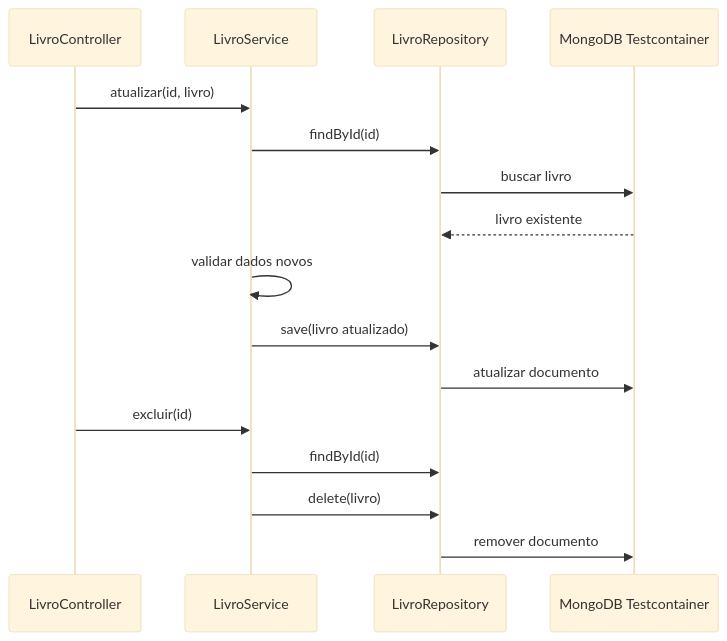
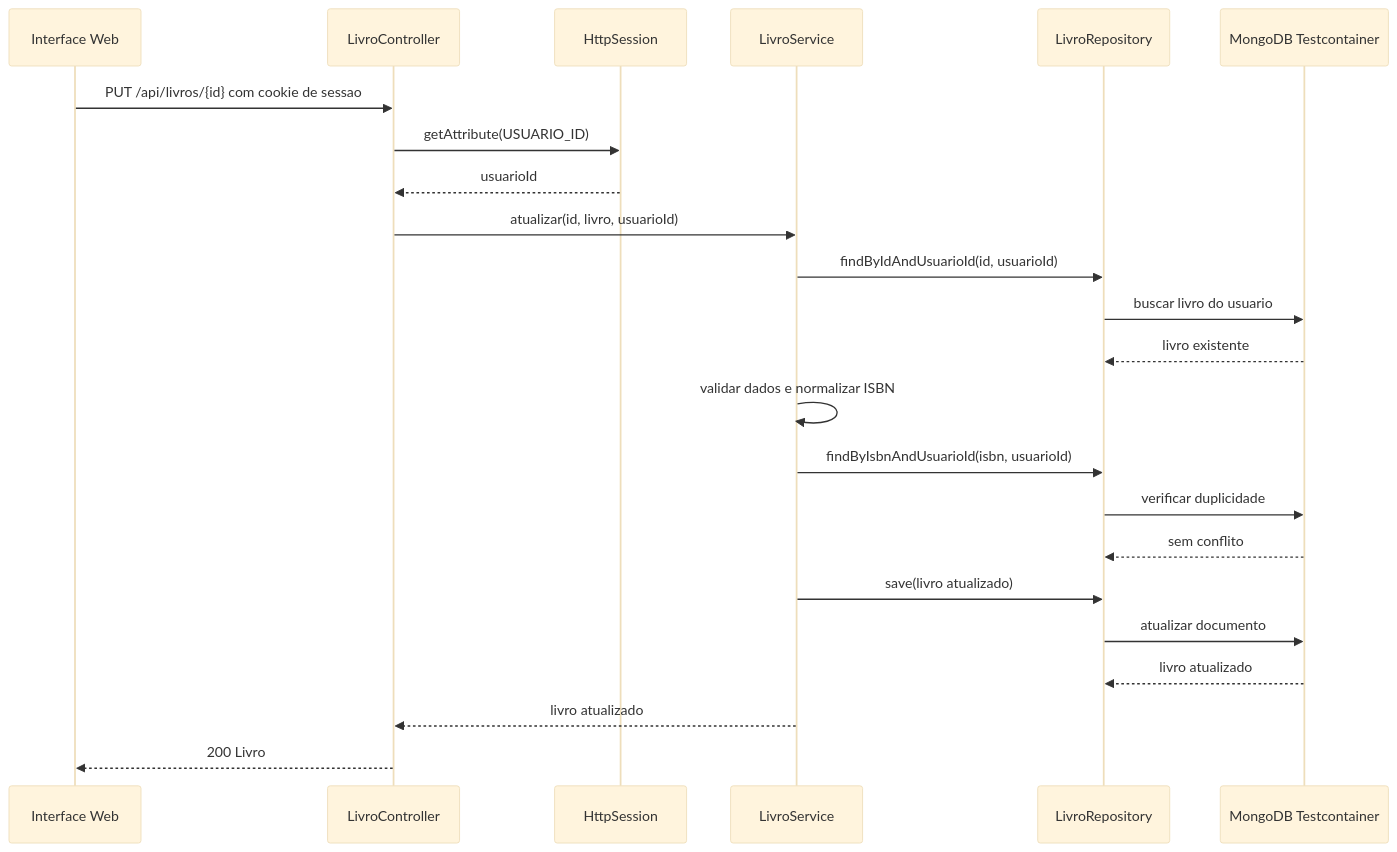
The seventh of 12 diagrams in RTM.md (rafalima1907/gerenciador_bibliotecas), drawn with Mermaid (base theme) before and after one commit. The commit also changed other lines of this file and 3 other files, not shown here.

````diff
--- a/RTM.md
+++ b/RTM.md
@@ -101,19 +202,26 @@
 ```mermaid
 sequenceDiagram
+    participant UI as Interface Web
     participant C as LivroController
+    participant H as HttpSession
     participant S as LivroService
     participant R as LivroRepository
     participant DB as MongoDB Testcontainer
 
-    C->>S: atualizar(id, livro)
-    S->>R: findById(id)
-    R->>DB: buscar livro
+    UI->>C: PUT /api/livros/{id} com cookie de sessao
+    C->>H: getAttribute(USUARIO_ID)
+    H-->>C: usuarioId
+    C->>S: atualizar(id, livro, usuarioId)
+    S->>R: findByIdAndUsuarioId(id, usuarioId)
+    R->>DB: buscar livro do usuario
     DB-->>R: livro existente
-    S->>S: validar dados novos
+    S->>S: validar dados e normalizar ISBN
+    S->>R: findByIsbnAndUsuarioId(isbn, usuarioId)
+    R->>DB: verificar duplicidade
+    DB-->>R: sem conflito
     S->>R: save(livro atualizado)
     R->>DB: atualizar documento
-    C->>S: excluir(id)
-    S->>R: findById(id)
-    S->>R: delete(livro)
-    R->>DB: remover documento
+    DB-->>R: livro atualizado
+    S-->>C: livro atualizado
+    C-->>UI: 200 Livro
 ```
````
